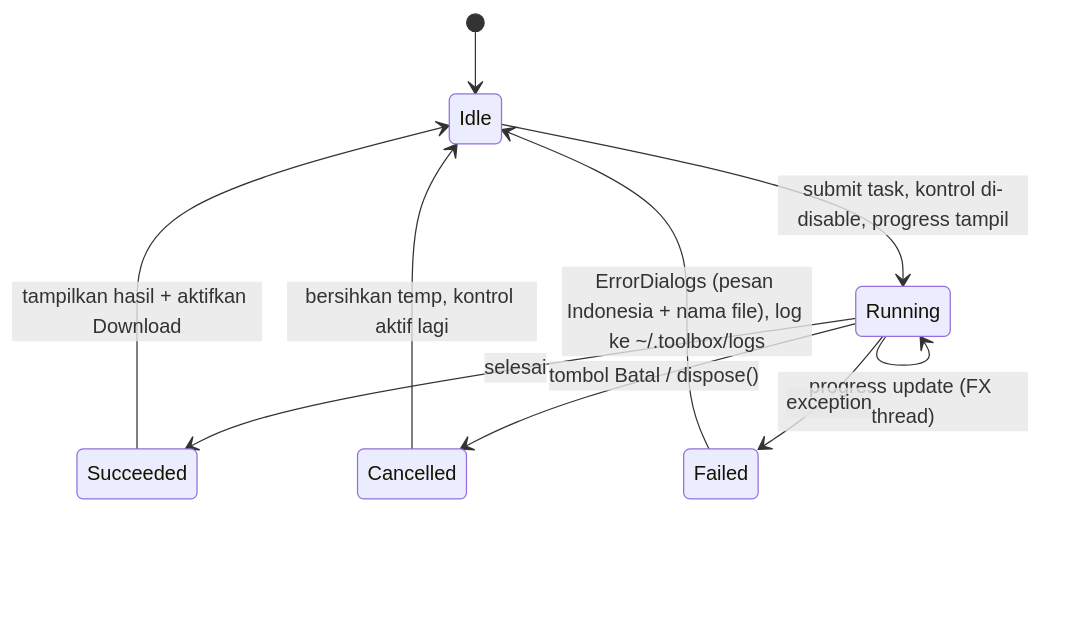
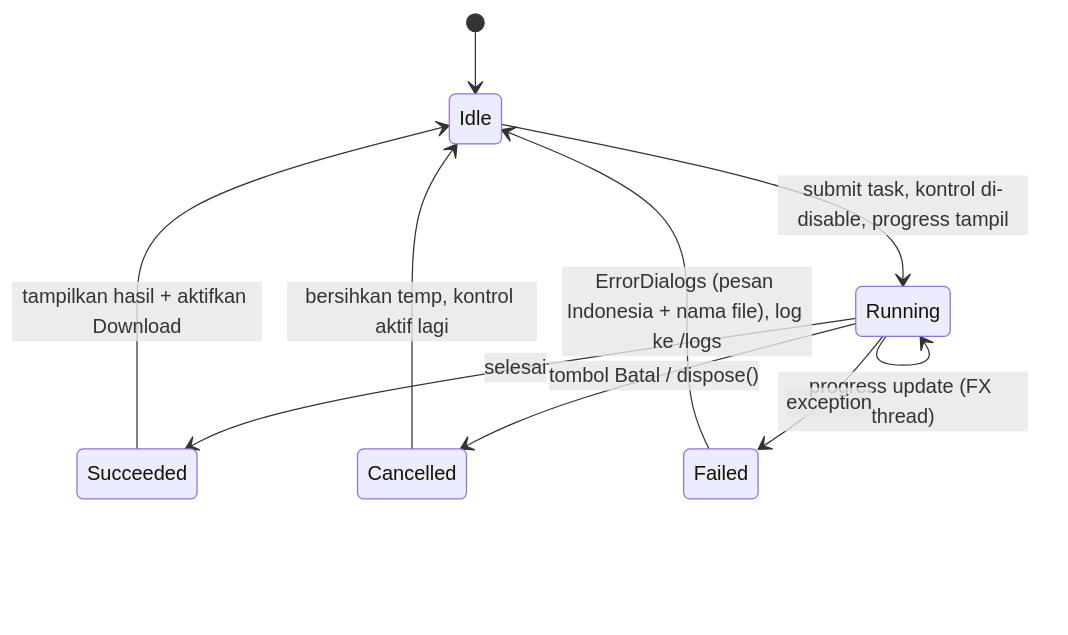
Before and after one commit to lukmnh/toolbox: the fifth of 13 diagrams in docs/flowcharts.md, drawn with Mermaid. The commit also changed 16 other files, not shown here.

````diff
--- a/docs/flowcharts.md
+++ b/docs/flowcharts.md
@@ -117,12 +117,12 @@
 ```mermaid
 stateDiagram-v2
     [*] --> Idle
     Idle --> Running: submit task, kontrol di-disable, progress tampil
     Running --> Running: progress update (FX thread)
     Running --> Succeeded: selesai
     Running --> Cancelled: tombol Batal / dispose()
     Running --> Failed: exception
     Succeeded --> Idle: tampilkan hasil + aktifkan Download
     Cancelled --> Idle: bersihkan temp, kontrol aktif lagi
-    Failed --> Idle: ErrorDialogs (pesan Indonesia + nama file), log ke ~/.toolbox/logs
+    Failed --> Idle: ErrorDialogs (pesan Indonesia + nama file), log ke <folder aplikasi>/logs
 ```
````
